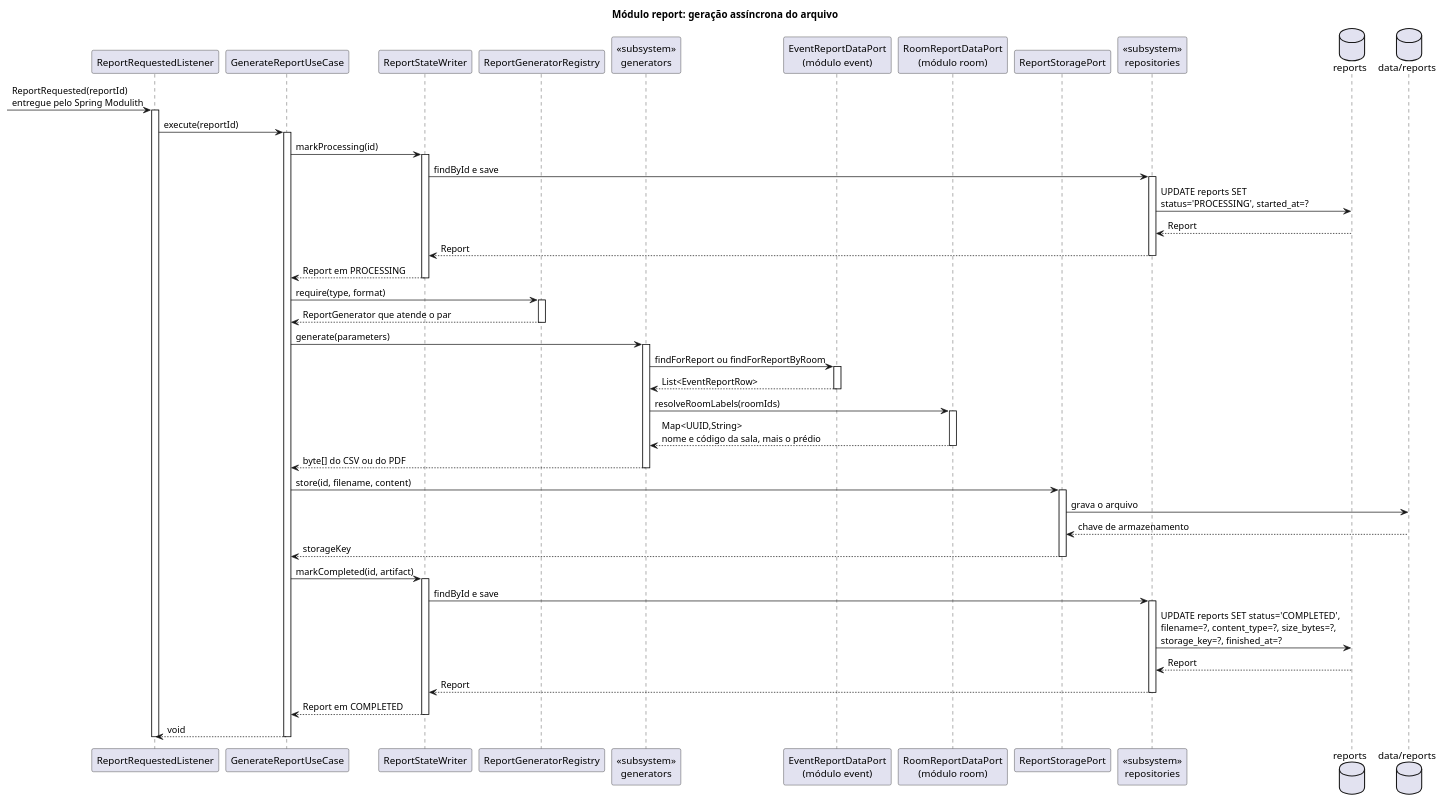
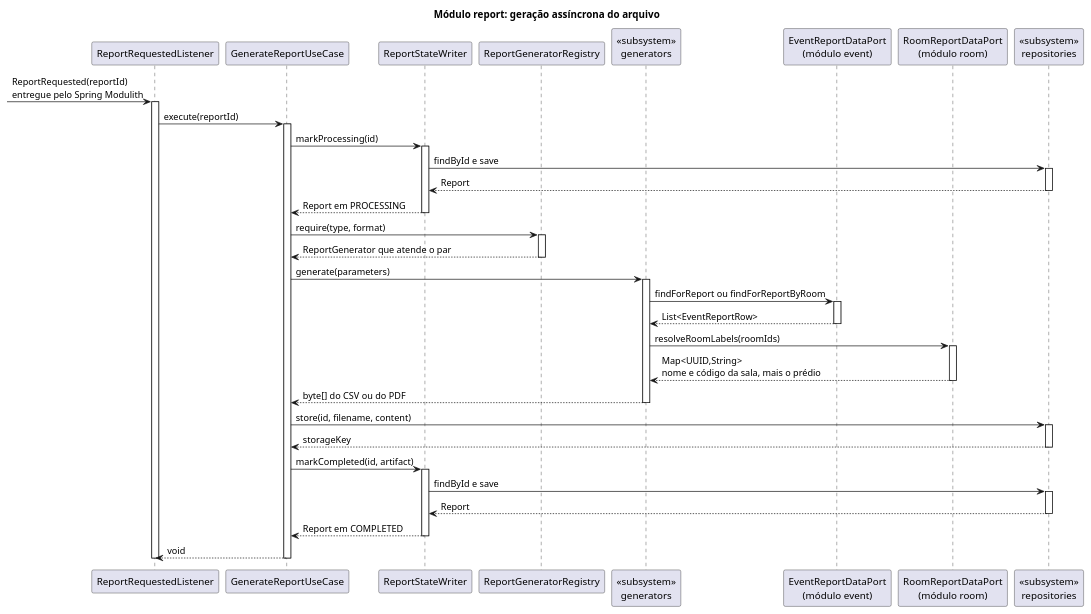
The diagram in src/plantuml/sequencia/simples/report_generation.puml (Neoguara/rooms-diagrams), drawn with PlantUML before and after one commit. The commit also changed 23 other files, not shown here.

```diff
--- a/src/plantuml/sequencia/simples/report_generation.puml
+++ b/src/plantuml/sequencia/simples/report_generation.puml
@@ -1,95 +1,90 @@
 @startuml report_generation_simples
 
 ' A geração do arquivo, que acontece fora da requisição HTTP. Os quatro endpoints estão em
 ' report.puml. Os diagramas completos continuam em sequencia/report/.
 '
 ' É o único fluxo do sistema que não começa numa requisição: começa numa publicação. O
 ' ReportRequestedListener recebe o evento pelo Spring Modulith, que o guardou na tabela
 ' event_publication ao ser publicado no POST /reports.
 '
 ' O ReportStateWriter aparece separado do caso de uso porque cada método dele abre
 ' transação própria. É isso que permite marcar PROCESSING, gerar o arquivo fora de
 ' transação, e só então marcar COMPLETED ou FAILED.
 '
-' Quatro cortes em relação aos completos:
+' Cinco cortes em relação aos completos:
 '   1. Porta e implementação viram um participante só, tipado como «subsystem».
 '   2. Só o caminho de sucesso. O ramo de falha, que grava FAILED com o motivo truncado
 '      em 500 caracteres, está no diagrama completo e em estado/report_status.puml.
 '   3. Nenhum loop, nenhuma mensagem para si mesmo.
 '   4. Ativação só em trecho reto, abrindo e fechando no mesmo nível.
+'   5. O armazenamento não aparece. As mensagens param no participante de repositório,
+'      que absorve também o ReportStoragePort, e a consulta, a gravação e a leitura do
+'      arquivo ficam implícitas: o que importa é a conversa entre as camadas, não o SQL
+'      nem o disco.
 
 title Módulo report: geração assíncrona do arquivo
 
 participant "ReportRequestedListener" as Listener
 participant "GenerateReportUseCase" as UC
 participant "ReportStateWriter" as Writer
 participant "ReportGeneratorRegistry" as Registry
 participant "<<subsystem>>\ngenerators" as Gen
 participant "EventReportDataPort\n(módulo event)" as EventData
 participant "RoomReportDataPort\n(módulo room)" as RoomData
-participant "ReportStoragePort" as Storage
 participant "<<subsystem>>\nrepositories" as Repo
-database "reports" as DB
-database "data/reports" as FS
 
 [-> Listener: ReportRequested(reportId)\nentregue pelo Spring Modulith
 activate Listener
 
 Listener -> UC: execute(reportId)
 activate UC
 
 UC -> Writer: markProcessing(id)
 activate Writer
 Writer -> Repo: findById e save
 activate Repo
-Repo -> DB: UPDATE reports SET\nstatus='PROCESSING', started_at=?
-DB --> Repo: Report
 Repo --> Writer: Report
 deactivate Repo
 Writer --> UC: Report em PROCESSING
 deactivate Writer
 
 UC -> Registry: require(type, format)
 activate Registry
 Registry --> UC: ReportGenerator que atende o par
 deactivate Registry
 
 UC -> Gen: generate(parameters)
 activate Gen
 
 Gen -> EventData: findForReport ou findForReportByRoom
 activate EventData
 EventData --> Gen: List<EventReportRow>
 deactivate EventData
 
 Gen -> RoomData: resolveRoomLabels(roomIds)
 activate RoomData
 RoomData --> Gen: Map<UUID,String>\nnome e código da sala, mais o prédio
 deactivate RoomData
 
 Gen --> UC: byte[] do CSV ou do PDF
 deactivate Gen
 
-UC -> Storage: store(id, filename, content)
-activate Storage
-Storage -> FS: grava o arquivo
-FS --> Storage: chave de armazenamento
-Storage --> UC: storageKey
-deactivate Storage
+UC -> Repo: store(id, filename, content)
+activate Repo
+Repo --> UC: storageKey
+deactivate Repo
 
 UC -> Writer: markCompleted(id, artifact)
 activate Writer
 Writer -> Repo: findById e save
 activate Repo
-Repo -> DB: UPDATE reports SET status='COMPLETED',\nfilename=?, content_type=?, size_bytes=?,\nstorage_key=?, finished_at=?
-DB --> Repo: Report
 Repo --> Writer: Report
 deactivate Repo
 Writer --> UC: Report em COMPLETED
 deactivate Writer
 
 UC --> Listener: void
 deactivate UC
 deactivate Listener
 
 @enduml
```
